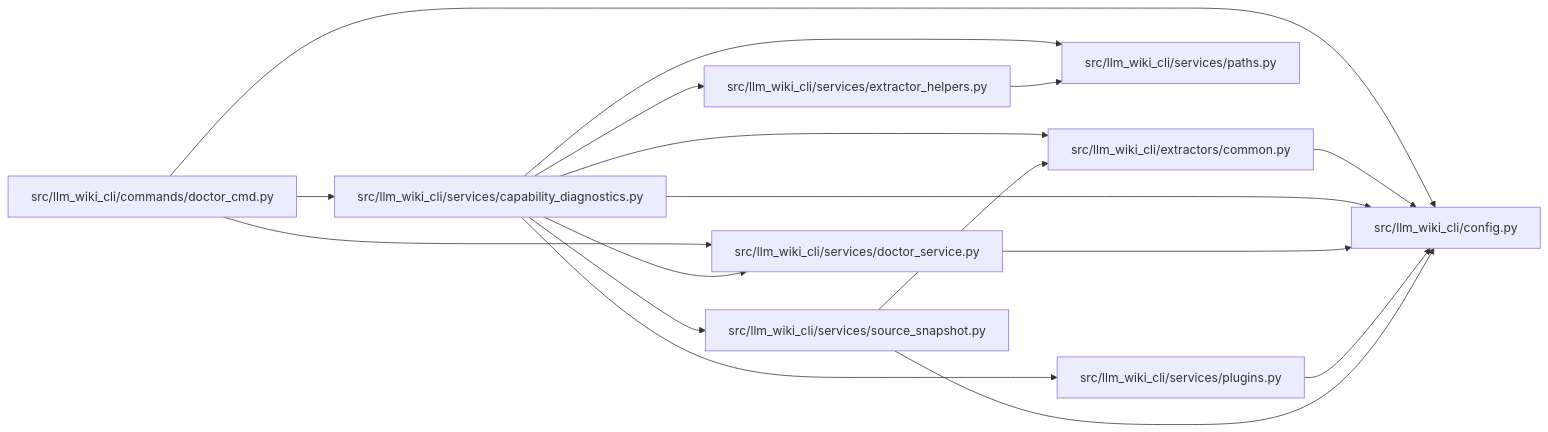
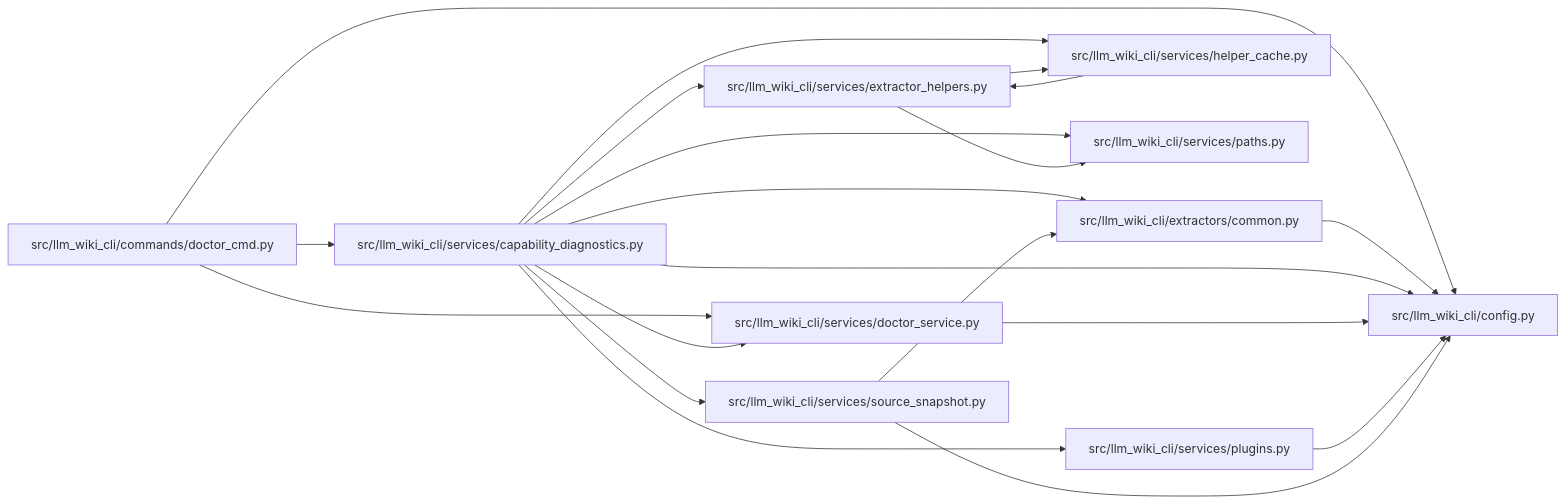
One commit to Denissvgn/python-wiki-llm changed the diagram in docs/llm_wiki/modules/capability_diagnostics.md. Above: the diagram before and after it, drawn with Mermaid. The commit also changed other lines of this file and 761 other files, not shown here.

Commit message:
docs: sync the project wiki with the helper and release improvements

````diff
--- a/docs/llm_wiki/modules/capability_diagnostics.md
+++ b/docs/llm_wiki/modules/capability_diagnostics.md
@@ -39,37 +40,42 @@
 ```mermaid
 flowchart LR
     n0["src/llm_wiki_cli/commands/doctor_cmd.py"]
     n1["src/llm_wiki_cli/config.py"]
     n2["src/llm_wiki_cli/extractors/common.py"]
     n3["src/llm_wiki_cli/services/capability_diagnostics.py"]
     n4["src/llm_wiki_cli/services/doctor_service.py"]
     n5["src/llm_wiki_cli/services/extractor_helpers.py"]
-    n6["src/llm_wiki_cli/services/paths.py"]
-    n7["src/llm_wiki_cli/services/plugins.py"]
-    n8["src/llm_wiki_cli/services/source_snapshot.py"]
+    n6["src/llm_wiki_cli/services/helper_cache.py"]
+    n7["src/llm_wiki_cli/services/paths.py"]
+    n8["src/llm_wiki_cli/services/plugins.py"]
+    n9["src/llm_wiki_cli/services/source_snapshot.py"]
     n0 --> n1
     n0 --> n3
     n0 --> n4
     n2 --> n1
     n3 --> n1
     n3 --> n2
     n3 --> n4
     n3 --> n5
     n3 --> n6
     n3 --> n7
     n3 --> n8
+    n3 --> n9
     n4 --> n1
     n5 --> n6
-    n7 --> n1
+    n5 --> n7
+    n6 --> n5
     n8 --> n1
-    n8 --> n2
+    n9 --> n1
+    n9 --> n2
     click n0 "../modules/doctor_cmd.md"
     click n1 "../modules/config.md"
     click n2 "../modules/common.md"
     click n3 "../modules/capability_diagnostics.md"
     click n4 "../modules/doctor_service.md"
     click n5 "../modules/extractor_helpers.md"
-    click n6 "../modules/paths.md"
-    click n7 "../modules/plugins.md"
-    click n8 "../modules/source_snapshot.md"
+    click n6 "../modules/helper_cache.md"
+    click n7 "../modules/paths.md"
+    click n8 "../modules/plugins.md"
+    click n9 "../modules/source_snapshot.md"
 ```
````
